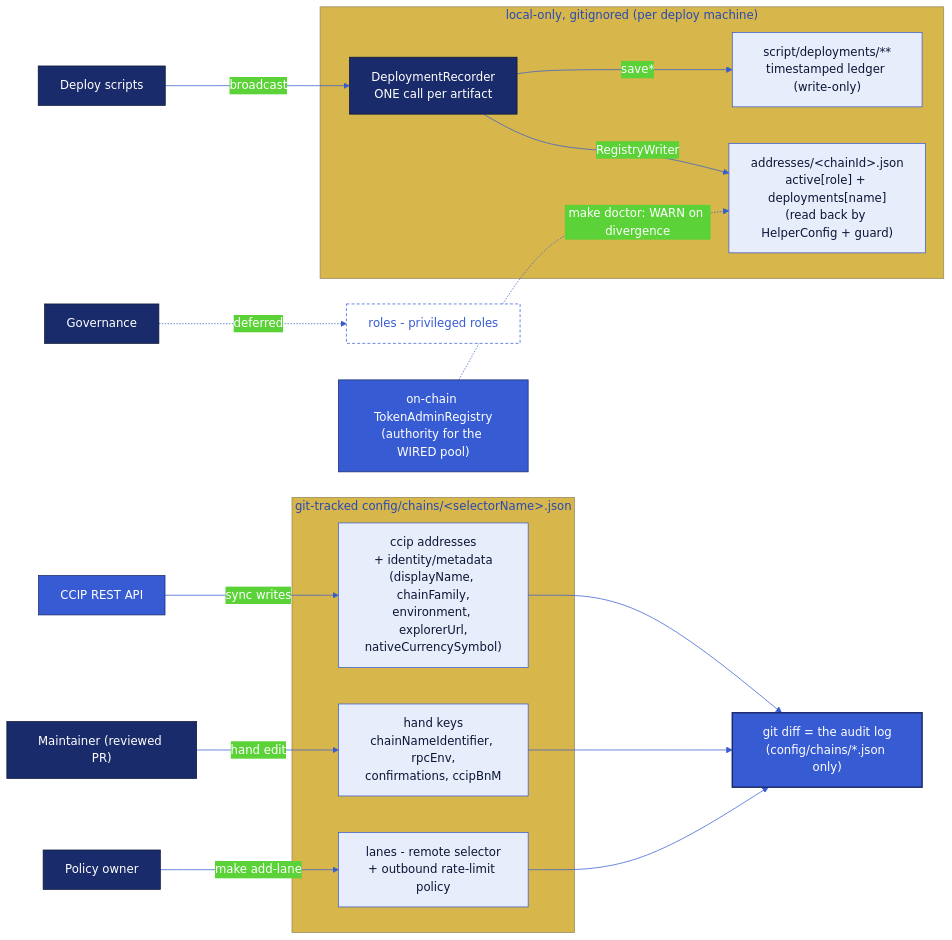
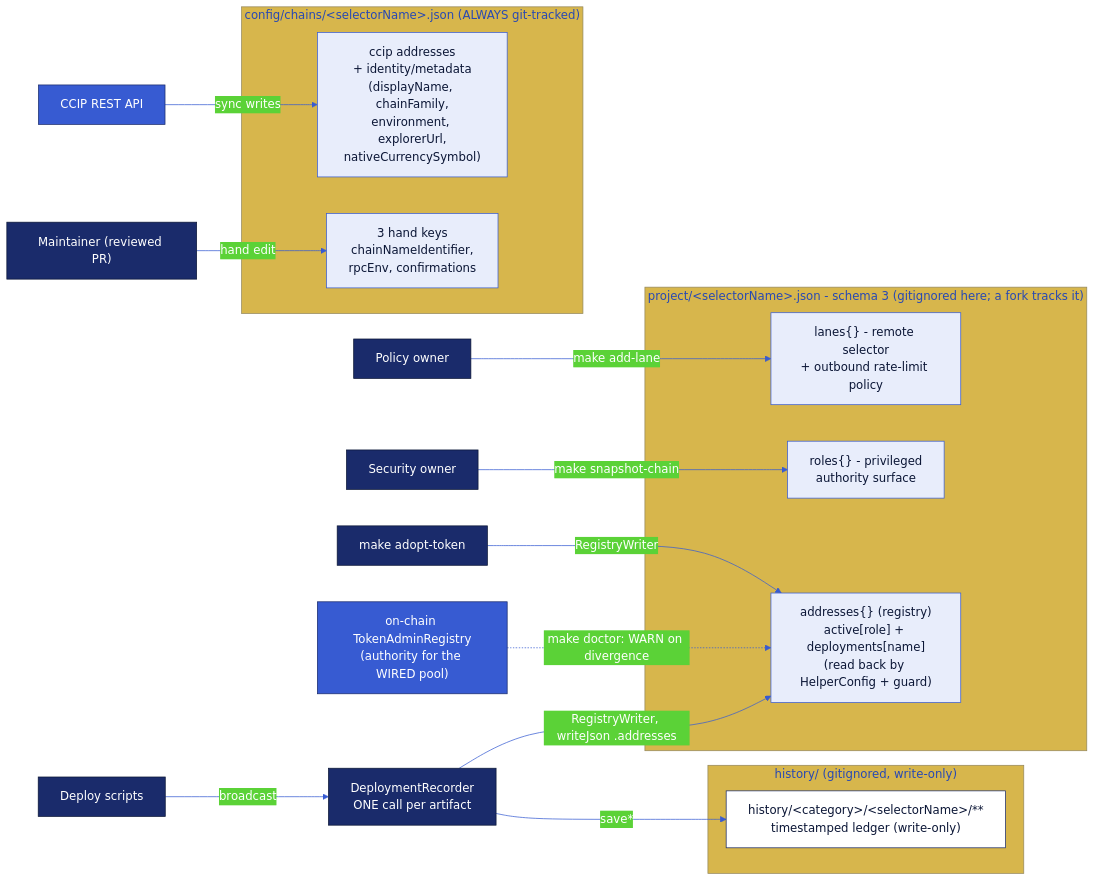
One commit to fork-the-planet/smartcontractkit___docs-cct-foundry changed the third of 5 diagrams in docs/config-architecture.md. Above: the diagram before and after it, drawn with Mermaid. The commit also changed other lines of this file and 79 other files, not shown here.

First line of the commit message:
feat: consolidate project state under project/, rename ledger to history/, chain config becomes pure API

````diff
--- a/docs/config-architecture.md
+++ b/docs/config-architecture.md
@@ -130,38 +145,35 @@
 ```mermaid
 %%{init: {'theme':'base','themeVariables':{'primaryColor':'#375BD2','primaryTextColor':'#FFFFFF','primaryBorderColor':'#1A2B6B','lineColor':'#375BD2','fontFamily':'Inter, system-ui, sans-serif'}}}%%
 flowchart LR
     API["CCIP REST API"] -->|sync writes| CCIP["ccip addresses<br/>+ identity/metadata<br/>(displayName, chainFamily,<br/>environment, explorerUrl,<br/>nativeCurrencySymbol)"]
-    HUMAN["Maintainer (reviewed PR)"] -->|hand edit| ID["hand keys<br/>chainNameIdentifier, rpcEnv,<br/>confirmations, ccipBnM"]
-    OWNER["Policy owner"] -->|make add-lane| LANES["lanes - remote selector<br/>+ outbound rate-limit policy"]
-    GOV["Governance"] -. deferred .-> ROLES["roles - privileged roles"]
-    CCIP --> DIFF["git diff = the audit log<br/>(config/chains/*.json only)"]
-    ID --> DIFF
-    LANES --> DIFF
+    HUMAN["Maintainer (reviewed PR)"] -->|hand edit| ID["3 hand keys<br/>chainNameIdentifier,<br/>rpcEnv, confirmations"]
+    OWNER["Policy owner"] -->|make add-lane| LANES["lanes{} - remote selector<br/>+ outbound rate-limit policy"]
+    GOV["Security owner"] -->|make snapshot-chain| ROLES["roles{} - privileged<br/>authority surface"]
+    DEPLOY["Deploy scripts"] -->|broadcast| REC["DeploymentRecorder<br/>ONE call per artifact"]
+    ADOPT["make adopt-token"] -->|RegistryWriter| ADDR
+    REC -->|save*| LEDGER["history/&lt;category&gt;/&lt;selectorName&gt;/**<br/>timestamped ledger (write-only)"]
+    REC -->|RegistryWriter, writeJson .addresses| ADDR["addresses{} (registry)<br/>active[role] + deployments[name]<br/>(read back by HelperConfig + guard)"]
+    TAR["on-chain TokenAdminRegistry<br/>(authority for the WIRED pool)"] -. make doctor: WARN on divergence .-> ADDR
 
-    subgraph GT["git-tracked config/chains/&lt;selectorName&gt;.json"]
+    subgraph CFG["config/chains/&lt;selectorName&gt;.json (ALWAYS git-tracked)"]
         CCIP
         ID
+    end
+    subgraph PRJ["project/&lt;selectorName&gt;.json - schema 3 (gitignored here; a fork tracks it)"]
+        ADDR
         LANES
+        ROLES
     end
-
-    subgraph LOCAL["local-only, gitignored (per deploy machine)"]
-        REC["DeploymentRecorder<br/>ONE call per artifact"]
-        LEDGER["script/deployments/**<br/>timestamped ledger (write-only)"]
-        ADDR["addresses/&lt;chainId&gt;.json<br/>active[role] + deployments[name]<br/>(read back by HelperConfig + guard)"]
+    subgraph HIST["history/ (gitignored, write-only)"]
+        LEDGER
     end
-    DEPLOY["Deploy scripts"] -->|broadcast| REC
-    REC -->|save*| LEDGER
-    REC -->|RegistryWriter| ADDR
-    TAR["on-chain TokenAdminRegistry<br/>(authority for the WIRED pool)"] -. make doctor: WARN on divergence .-> ADDR
 
     classDef api fill:#375BD2,color:#FFFFFF,stroke:#1A2B6B,stroke-width:1px;
     classDef writer fill:#1A2B6B,color:#FFFFFF,stroke:#0B1636,stroke-width:1px;
     classDef subtree fill:#E8EDFB,color:#0B1636,stroke:#375BD2,stroke-width:1px;
-    classDef future fill:#FFFFFF,color:#375BD2,stroke:#375BD2,stroke-width:1px,stroke-dasharray:4 3;
-    classDef audit fill:#375BD2,color:#FFFFFF,stroke:#1A2B6B,stroke-width:2px;
+    classDef store fill:#FFFFFF,color:#0B1636,stroke:#1A2B6B,stroke-width:1px;
     class API,TAR api;
-    class HUMAN,DEPLOY,OWNER,GOV,REC writer;
-    class CCIP,ID,LANES,ADDR,LEDGER subtree;
-    class ROLES future;
-    class DIFF audit;
+    class HUMAN,DEPLOY,OWNER,GOV,REC,ADOPT writer;
+    class CCIP,ID,LANES,ROLES,ADDR subtree;
+    class LEDGER store;
 ```
````
